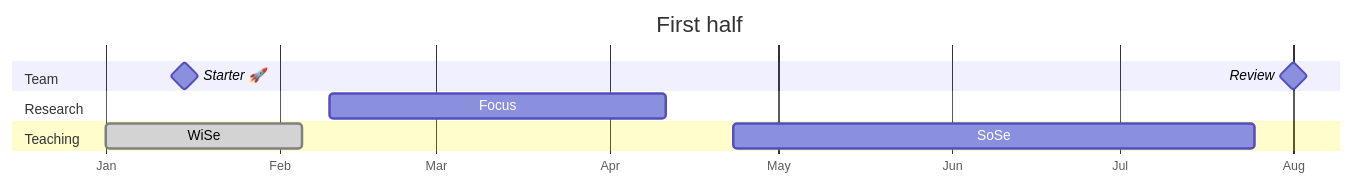
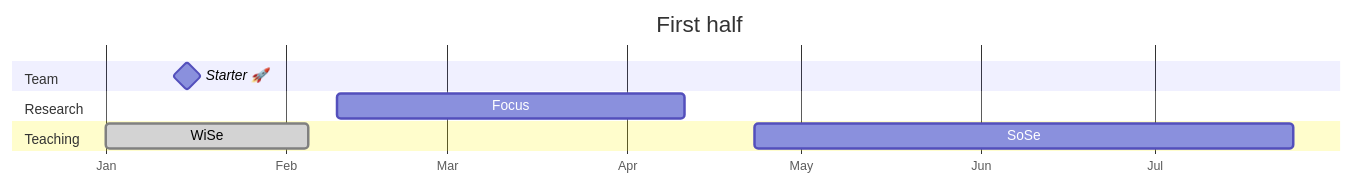
Before and after one commit to digital-work-lab/handbook: the first of 2 diagrams in docs/00.goals.md, drawn with Mermaid. The commit also changed other lines of this file, not shown here.

````diff
--- a/docs/00.goals.md
+++ b/docs/00.goals.md
@@ -71,21 +71,20 @@
 ```mermaid
 ---
 displayMode: compact
 ---
 gantt
     title First half
     dateFormat  YYYY-MM-DD
     todayMarker stroke-width:5px,stroke:red,opacity:0.8
     axisFormat %b
 
     section Team
     Starter 🚀  :milestone, {{ site.time | date: "%Y" }}-01-15, milestone
-    Review   :milestone, {{ site.time | date: "%Y" }}-08-01, milestone
 
     section Research
     Focus           :a2, {{ site.time | date: "%Y" }}-02-10, 60d
 
     section Teaching
     WiSe           :done, {{ site.time | date: "%Y" }}-01-01, 35d
     SoSe           :a1, {{ site.time | date: "%Y" }}-04-23, 93d
 ```
````
